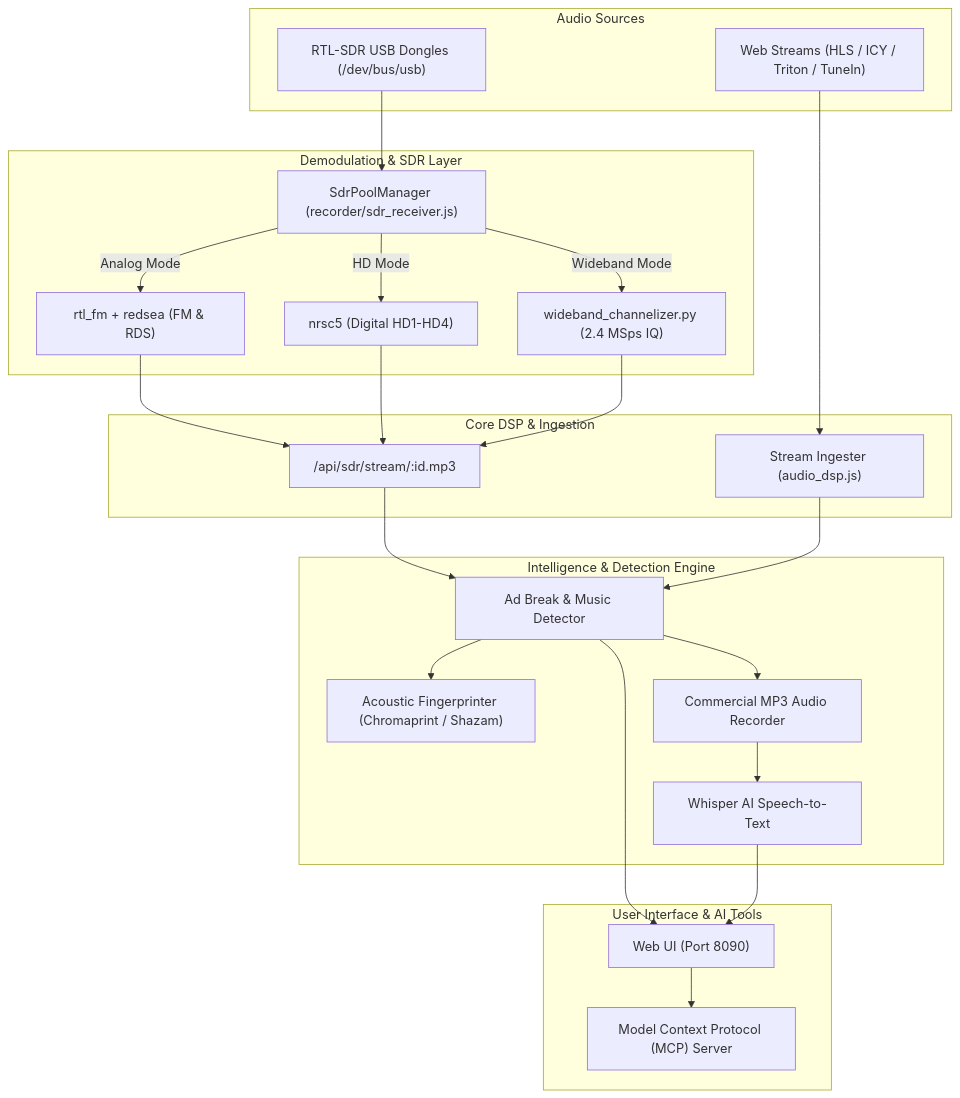
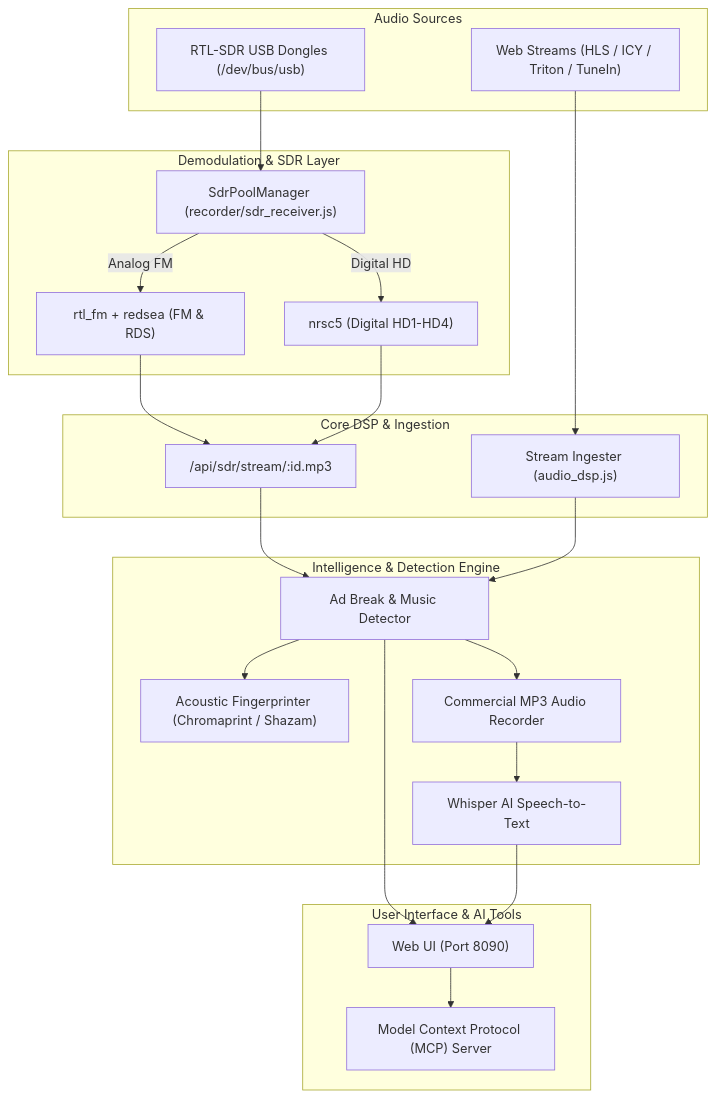
One commit to radio-wasp/Radio-Sonar changed the diagram in frontend/README.md. Above: the diagram before and after it, drawn with Mermaid. The commit also changed other lines of this file and 17 other files, not shown here.

````diff
--- a/frontend/README.md
+++ b/frontend/README.md
@@ -93,35 +92,33 @@
 ```mermaid
 graph TD
     subgraph "Audio Sources"
         USB["RTL-SDR USB Dongles (/dev/bus/usb)"]
         WEB["Web Streams (HLS / ICY / Triton / TuneIn)"]
     end
 
     subgraph "Demodulation & SDR Layer"
         USB --> POOL["SdrPoolManager (recorder/sdr_receiver.js)"]
-        POOL -->|"Analog Mode"| RTL_FM["rtl_fm + redsea (FM & RDS)"]
-        POOL -->|"HD Mode"| NRSC5["nrsc5 (Digital HD1-HD4)"]
-        POOL -->|"Wideband Mode"| WB["wideband_channelizer.py (2.4 MSps IQ)"]
+        POOL -->|"Analog FM"| RTL_FM["rtl_fm + redsea (FM & RDS)"]
+        POOL -->|"Digital HD"| NRSC5["nrsc5 (Digital HD1-HD4)"]
     end
 
     subgraph "Core DSP & Ingestion"
         RTL_FM --> STREAM["/api/sdr/stream/:id.mp3"]
         NRSC5 --> STREAM
-        WB --> STREAM
         WEB --> STREAM_WEB["Stream Ingester (audio_dsp.js)"]
     end
 
     subgraph "Intelligence & Detection Engine"
         STREAM --> DETECT["Ad Break & Music Detector"]
         STREAM_WEB --> DETECT
         DETECT --> FP["Acoustic Fingerprinter (Chromaprint / Shazam)"]
         DETECT --> REC["Commercial MP3 Audio Recorder"]
         REC --> WHISPER["Whisper AI Speech-to-Text"]
     end
 
     subgraph "User Interface & AI Tools"
         DETECT --> UI["Web UI (Port 8090)"]
         WHISPER --> UI
         UI --> MCP["Model Context Protocol (MCP) Server"]
     end
 ```
````
